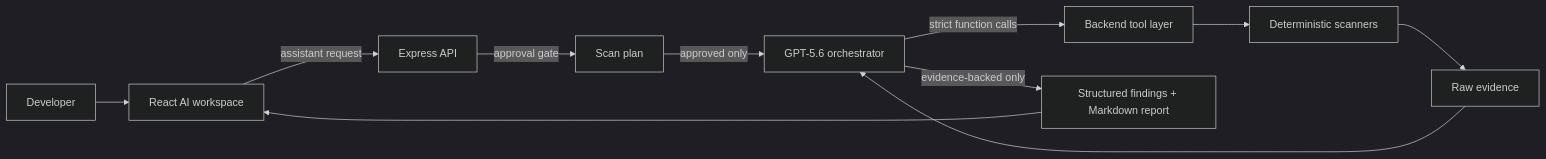
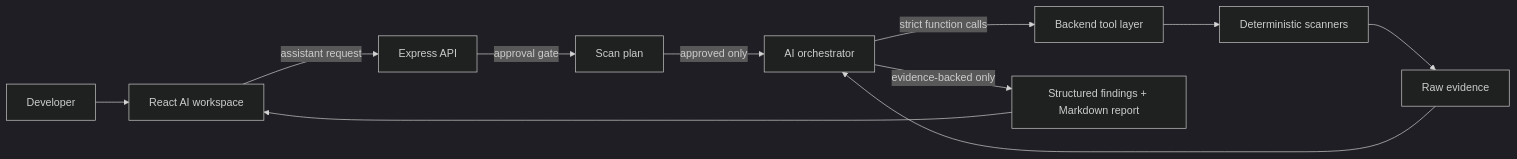
The diagram in README.md (PRADHUMAN-SINGH-1/BugHunter), drawn with Mermaid (dark theme) before and after one commit. The commit also changed other lines of this file, not shown here.

````diff
--- a/README.md
+++ b/README.md
@@ -40,13 +40,13 @@
 ```mermaid
 flowchart LR
   U[Developer] --> UI[React AI workspace]
   UI -->|assistant request| API[Express API]
   API -->|approval gate| PLAN[Scan plan]
-  PLAN -->|approved only| ORCH[GPT-5.6 orchestrator]
+  PLAN -->|approved only| ORCH[AI orchestrator]
   ORCH -->|strict function calls| TOOLS[Backend tool layer]
   TOOLS --> SCAN[Deterministic scanners]
   SCAN --> EVIDENCE[Raw evidence]
   EVIDENCE --> ORCH
   ORCH -->|evidence-backed only| REPORT[Structured findings + Markdown report]
   REPORT --> UI
 ```
````
